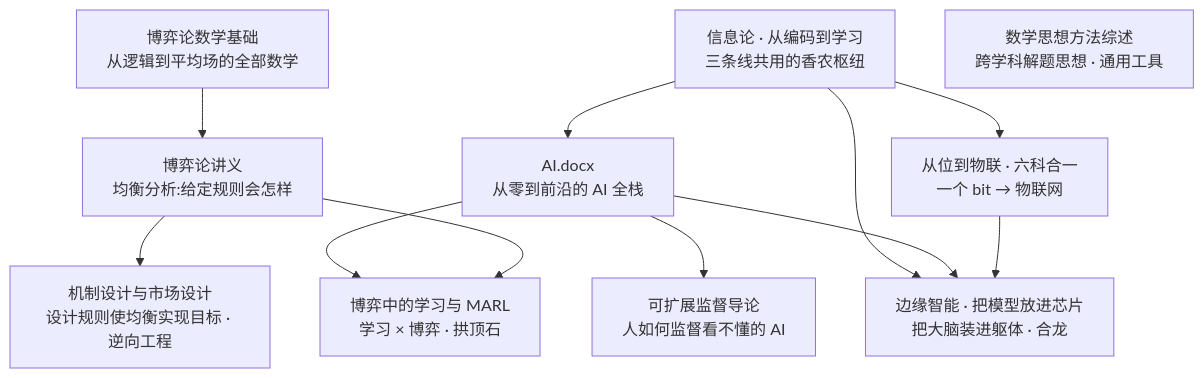
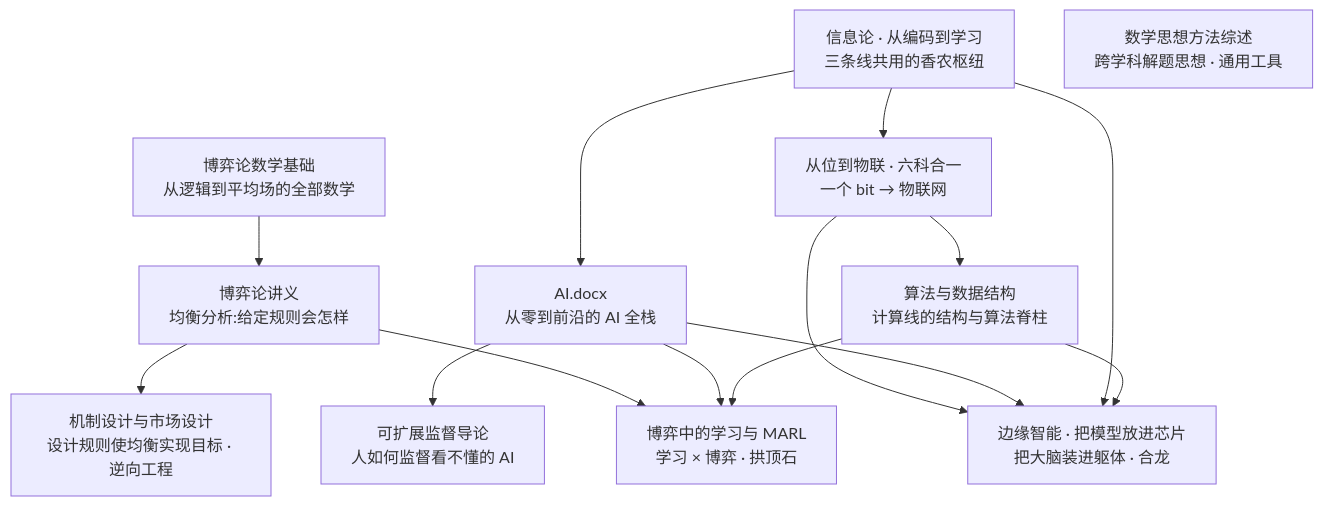
One commit to 2532196351/Library changed the diagram in README.md. Above: the diagram before and after it, drawn with Mermaid. The commit also changed other lines of this file and 1 other file, not shown here.

First line of the commit message:
新增《算法与数据结构》——图书馆扩展第4部

````diff
--- a/README.md
+++ b/README.md
@@ -15,14 +15,17 @@
 ```mermaid
 flowchart TD
   M["博弈论数学基础<br/>从逻辑到平均场的全部数学"] --> L["博弈论讲义<br/>均衡分析:给定规则会怎样"]
   L --> G["博弈中的学习与 MARL<br/>学习 × 博弈 · 拱顶石"]
   L --> MD["机制设计与市场设计<br/>设计规则使均衡实现目标 · 逆向工程"]
   AI["AI.docx<br/>从零到前沿的 AI 全栈"] --> G
   AI --> O["可扩展监督导论<br/>人如何监督看不懂的 AI"]
   IT["信息论 · 从编码到学习<br/>三条线共用的香农枢纽"] --> SIX["从位到物联 · 六科合一<br/>一个 bit → 物联网"]
   IT --> AI
+  SIX --> AD["算法与数据结构<br/>计算线的结构与算法脊柱"]
   SIX --> EA["边缘智能 · 把模型放进芯片<br/>把大脑装进躯体 · 合龙"]
   AI --> EA
   IT --> EA
+  AD --> EA
+  AD --> G
   T["数学思想方法综述<br/>跨学科解题思想 · 通用工具"]
 ```
````
